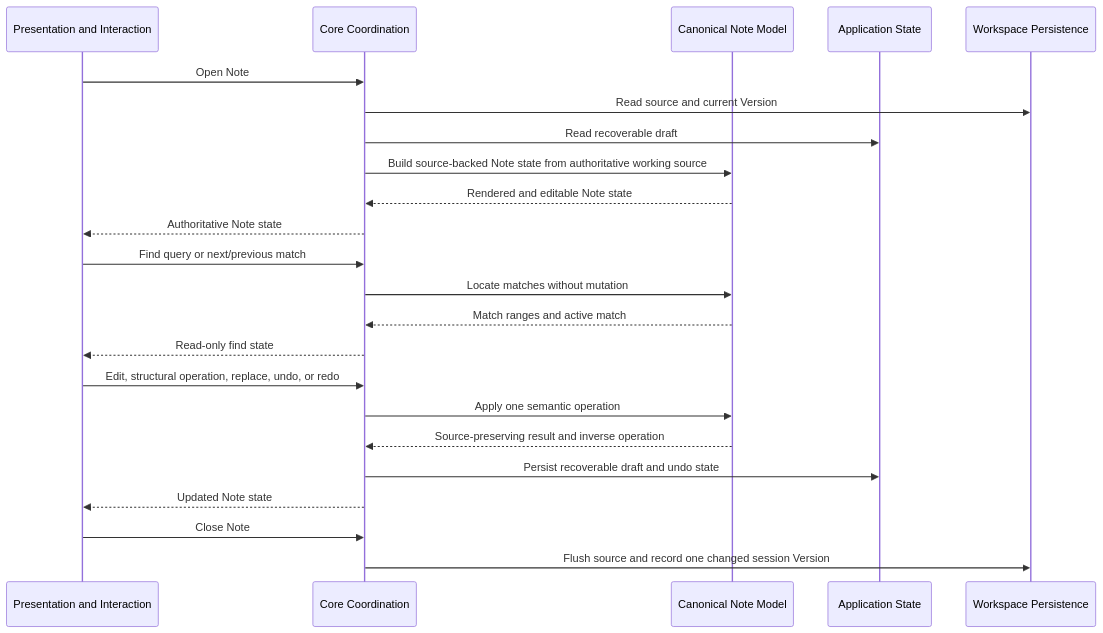
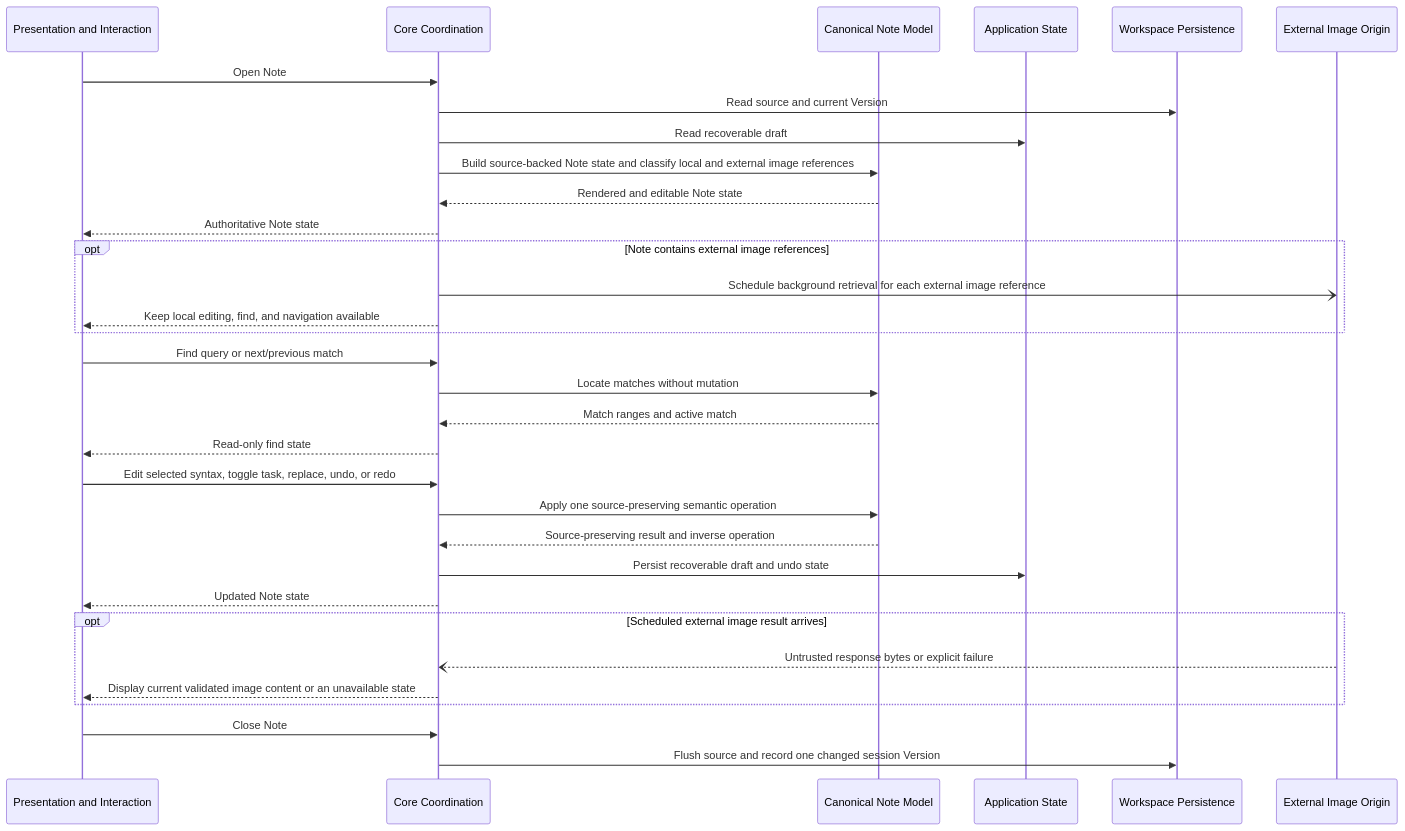
Before and after one commit to SkrOYC/burlmd: the diagram in .constitution/architecture/flows/flow-edit-note.md, drawn with Mermaid. The commit also changed other lines of this file and 85 other files, not shown here.

First line of the commit message:
docs: align constitution layers with private Linux-first roadmap

````diff
--- a/.constitution/architecture/flows/flow-edit-note.md
+++ b/.constitution/architecture/flows/flow-edit-note.md
@@ -15,26 +13,35 @@
 ```mermaid
 sequenceDiagram
     participant UI as Presentation and Interaction
     participant Core as Core Coordination
     participant Model as Canonical Note Model
     participant State as Application State
     participant Workspace as Workspace Persistence
+    participant ExternalImage as External Image Origin
 
     UI->>Core: Open Note
     Core->>Workspace: Read source and current Version
     Core->>State: Read recoverable draft
-    Core->>Model: Build source-backed Note state from authoritative working source
+    Core->>Model: Build source-backed Note state and classify local and external image references
     Model-->>Core: Rendered and editable Note state
     Core-->>UI: Authoritative Note state
+    opt Note contains external image references
+        Core-)ExternalImage: Schedule background retrieval for each external image reference
+        Core-->>UI: Keep local editing, find, and navigation available
+    end
     UI->>Core: Find query or next/previous match
     Core->>Model: Locate matches without mutation
     Model-->>Core: Match ranges and active match
     Core-->>UI: Read-only find state
-    UI->>Core: Edit, structural operation, replace, undo, or redo
-    Core->>Model: Apply one semantic operation
+    UI->>Core: Edit selected syntax, toggle task, replace, undo, or redo
+    Core->>Model: Apply one source-preserving semantic operation
     Model-->>Core: Source-preserving result and inverse operation
     Core->>State: Persist recoverable draft and undo state
     Core-->>UI: Updated Note state
+    opt Scheduled external image result arrives
+        ExternalImage--)Core: Untrusted response bytes or explicit failure
+        Core-->>UI: Display current validated image content or an unavailable state
+    end
     UI->>Core: Close Note
     Core->>Workspace: Flush source and record one changed session Version
 ```
````
